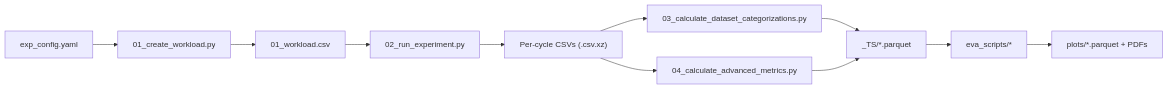
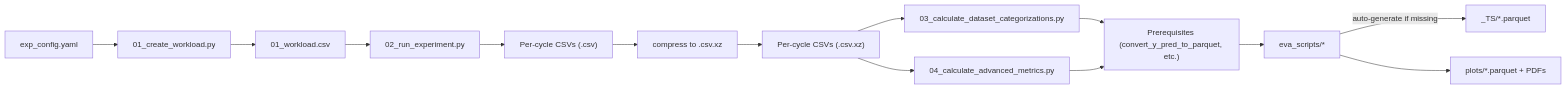
Before and after one commit to jgonsior/olympic-games-of-active-learning: the diagram in docs/personas/reproduce_and_run.md, drawn with Mermaid. The commit also changed other lines of this file and 6 other files, not shown here.

Commit message:
Fix documentation: correct _TS generation info, mermaid rendering, remove incorrect learning_curve references

````diff
--- a/docs/personas/reproduce_and_run.md
+++ b/docs/personas/reproduce_and_run.md
@@ -52,13 +53,16 @@
 ```mermaid
 flowchart LR
     CFG["exp_config.yaml"] --> WL["01_create_workload.py"]
     WL --> CSV["01_workload.csv"]
     CSV --> RUN["02_run_experiment.py"]
-    RUN --> RAW["Per-cycle CSVs (.csv.xz)"]
-    RAW --> CAT["03_calculate_dataset_categorizations.py"]
-    RAW --> ADV["04_calculate_advanced_metrics.py"]
-    CAT --> TS["_TS/*.parquet"]
-    ADV --> TS
-    TS --> EVA["eva_scripts/*"]
+    RUN --> RAW["Per-cycle CSVs (.csv)"]
+    RAW --> CONV["compress to .csv.xz"]
+    CONV --> XZ["Per-cycle CSVs (.csv.xz)"]
+    XZ --> CAT["03_calculate_dataset_categorizations.py"]
+    XZ --> ADV["04_calculate_advanced_metrics.py"]
+    CAT --> PREP["Prerequisites (convert_y_pred_to_parquet, etc.)"]
+    ADV --> PREP
+    PREP --> EVA["eva_scripts/*"]
+    EVA -->|"auto-generate if missing"| TS["_TS/*.parquet"]
     EVA --> PLOTS["plots/*.parquet + PDFs"]
 ```
````
